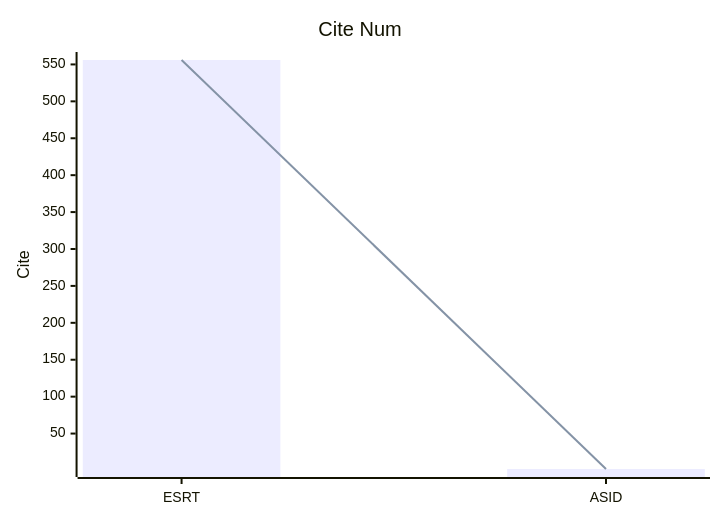
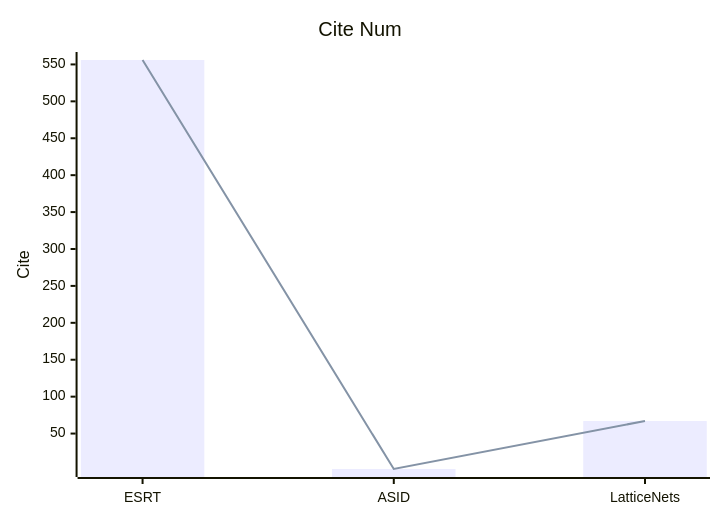
One commit to Elephant-King9/Paper changed the fourth of 4 diagrams in CV/Lightweight/analyse.md. Above: the diagram before and after it, drawn with Mermaid. The commit also changed other lines of this file and 20 other files, not shown here.

````diff
--- a/CV/Lightweight/analyse.md
+++ b/CV/Lightweight/analyse.md
@@ -79,8 +86,8 @@
 ```mermaid
     xychart-beta
     title "Cite Num"
-    x-axis [ESRT,ASID]
+    x-axis [ESRT,ASID,LatticeNets]
     y-axis "Cite" 
-    bar [556,2]
-    line [556,2]
+    bar [556,2,67]
+    line [556,2,67]
 ```
````
